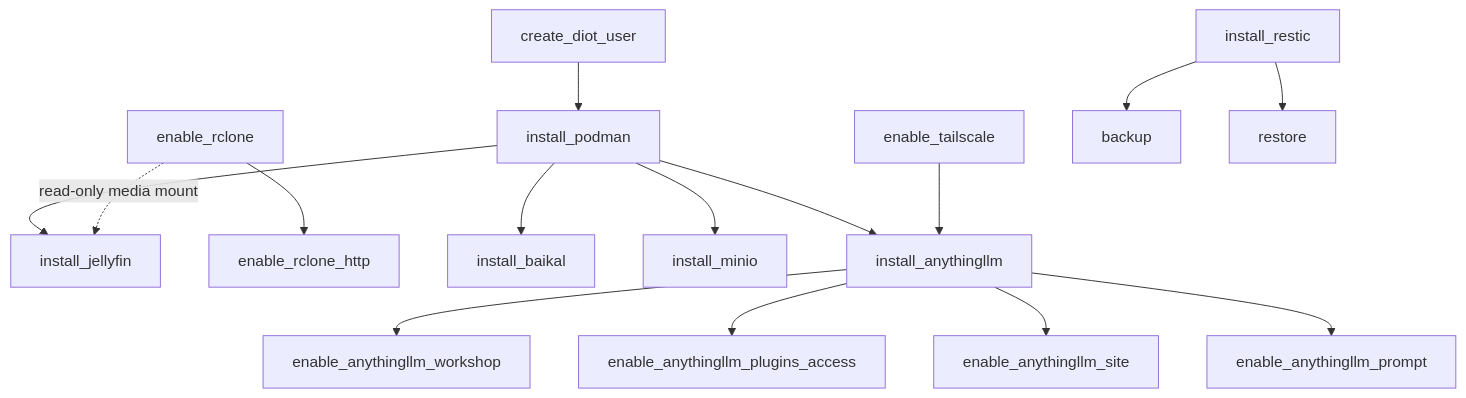
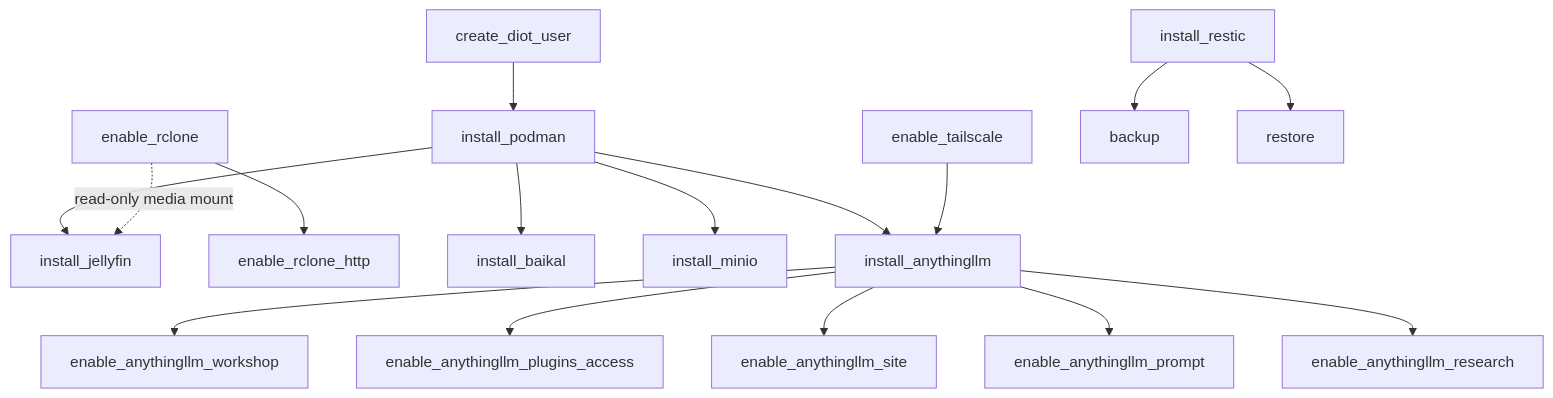
One commit to BinaryBand/strata changed the diagram in README.md. Above: the diagram before and after it, drawn with Mermaid. The commit also changed other lines of this file and 10 other files, not shown here.

````diff
--- a/README.md
+++ b/README.md
@@ -96,17 +96,18 @@
 ```mermaid
 flowchart TD
     diot[create_diot_user] --> podman[install_podman]
     podman --> jellyfin[install_jellyfin]
     rclone[enable_rclone] -. read-only media mount .-> jellyfin
     rclone --> rclone_http[enable_rclone_http]
     podman --> baikal[install_baikal]
     podman --> minio[install_minio]
     podman --> anythingllm[install_anythingllm]
     tailscale[enable_tailscale] --> anythingllm
     anythingllm --> anythingllm_workshop[enable_anythingllm_workshop]
     anythingllm --> anythingllm_plugins_access[enable_anythingllm_plugins_access]
     anythingllm --> anythingllm_site[enable_anythingllm_site]
     anythingllm --> anythingllm_prompt[enable_anythingllm_prompt]
+    anythingllm --> anythingllm_research[enable_anythingllm_research]
     restic[install_restic] --> backup[backup]
     restic --> restore[restore]
 ```
````
